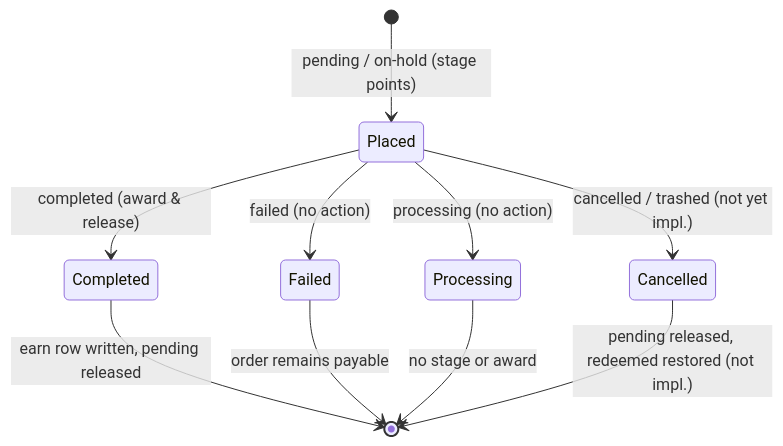
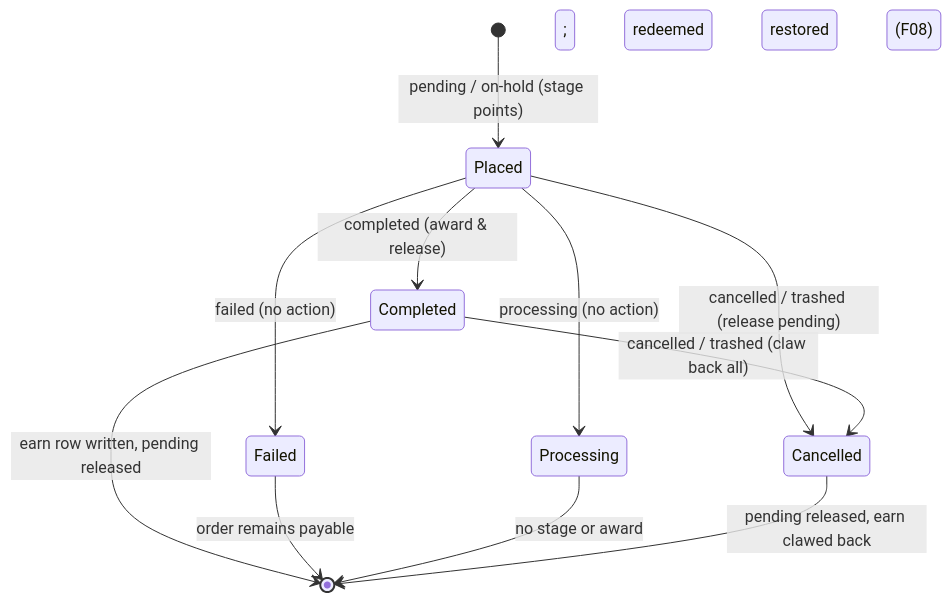
Before and after one commit to YayCommerce/YayLoyalty: the second of 2 diagrams in docs/data-model/points-lifecycle.md, drawn with Mermaid. The commit also changed other lines of this file and 19 other files, not shown here.

````diff
--- a/docs/data-model/points-lifecycle.md
+++ b/docs/data-model/points-lifecycle.md
@@ -168,13 +184,14 @@
 ```mermaid
 stateDiagram-v2
     [*] --> Placed: pending / on-hold (stage points)
     Placed --> Completed: completed (award & release)
     Placed --> Failed: failed (no action)
     Placed --> Processing: processing (no action)
-    Placed --> Cancelled: cancelled / trashed (not yet impl.)
+    Placed --> Cancelled: cancelled / trashed (release pending)
+    Completed --> Cancelled: cancelled / trashed (claw back all)
 
     Completed --> [*]: earn row written, pending released
     Failed --> [*]: order remains payable
     Processing --> [*]: no stage or award
-    Cancelled --> [*]: pending released, redeemed restored (not impl.)
+    Cancelled --> [*]: pending released, earn clawed back; redeemed restored (F08)
 ```
````
